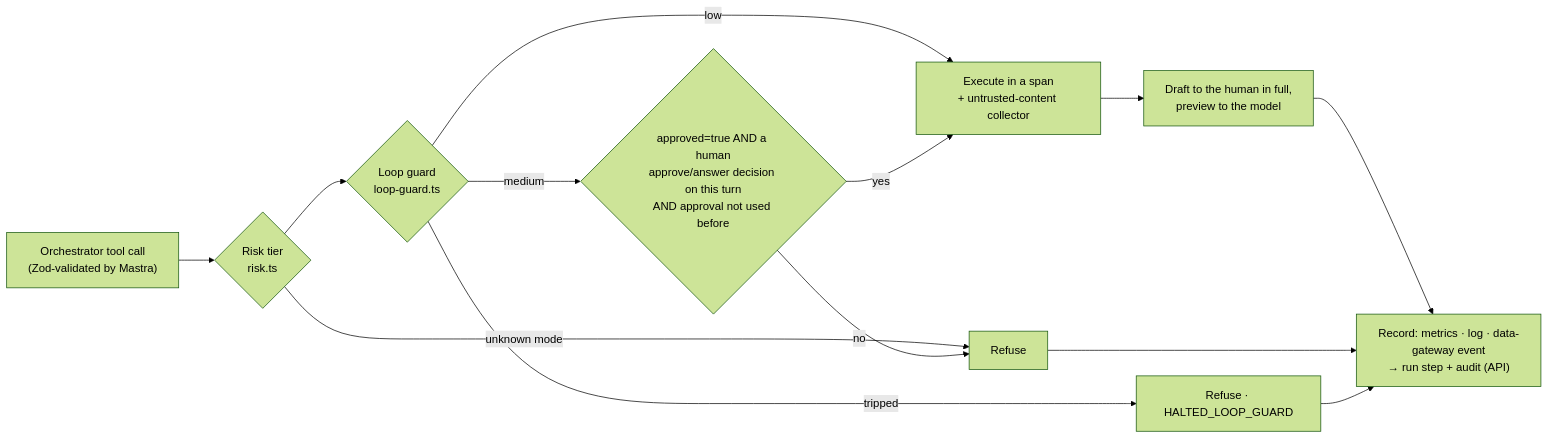
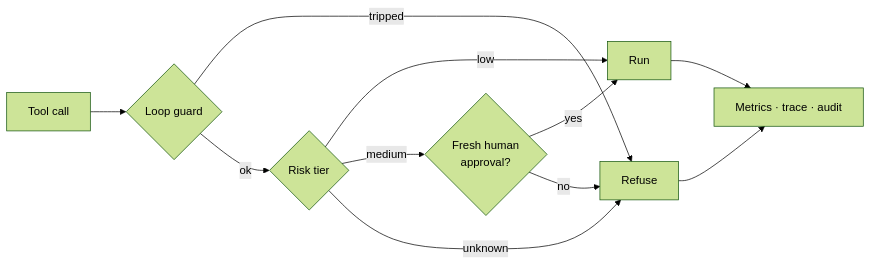
Before and after one commit to HasithaErandika/aura: the sixth of 9 diagrams in docs/ARCHITECTURE.md, drawn with Mermaid (forest theme). The commit also changed other lines of this file and 19 other files, not shown here.

````diff
--- a/docs/ARCHITECTURE.md
+++ b/docs/ARCHITECTURE.md
@@ -540,15 +193,13 @@
 ```mermaid
 flowchart LR
-    CALL["Orchestrator tool call<br/>(Zod-validated by Mastra)"] --> RISK{"Risk tier<br/>risk.ts"}
-    RISK -- "unknown mode" --> BLOCK["Refuse"]
-    RISK --> LOOP{"Loop guard<br/>loop-guard.ts"}
-    LOOP -- "tripped" --> HALT["Refuse · HALTED_LOOP_GUARD"]
-    LOOP -- "low" --> RUN["Execute in a span<br/>+ untrusted-content collector"]
-    LOOP -- "medium" --> HUMAN{"approved=true AND a human<br/>approve/answer decision on this turn<br/>AND approval not used before"}
-    HUMAN -- "no" --> BLOCK
-    HUMAN -- "yes" --> RUN
-    RUN --> DRAFT["Draft to the human in full,<br/>preview to the model"]
-    DRAFT --> REC["Record: metrics · log · data-gateway event<br/>→ run step + audit (API)"]
+    CALL["Tool call"] --> LOOP{"Loop guard"}
+    LOOP -->|"tripped"| BLOCK["Refuse"]
+    LOOP -->|"ok"| RISK{"Risk tier"}
+    RISK -->|"low"| RUN["Run"]
+    RISK -->|"medium"| HUMAN{"Fresh human<br/>approval?"}
+    RISK -->|"unknown"| BLOCK
+    HUMAN -->|yes| RUN
+    HUMAN -->|no| BLOCK
+    RUN --> REC["Metrics · trace · audit"]
     BLOCK --> REC
-    HALT --> REC
 ```
````
